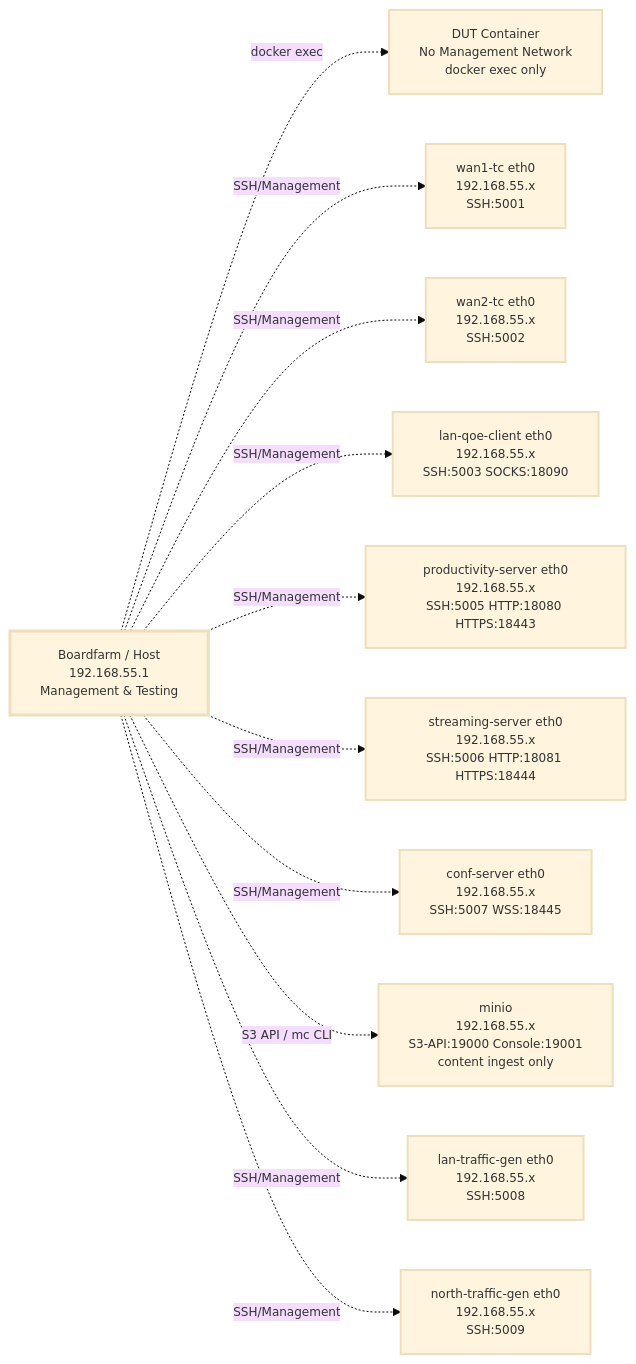
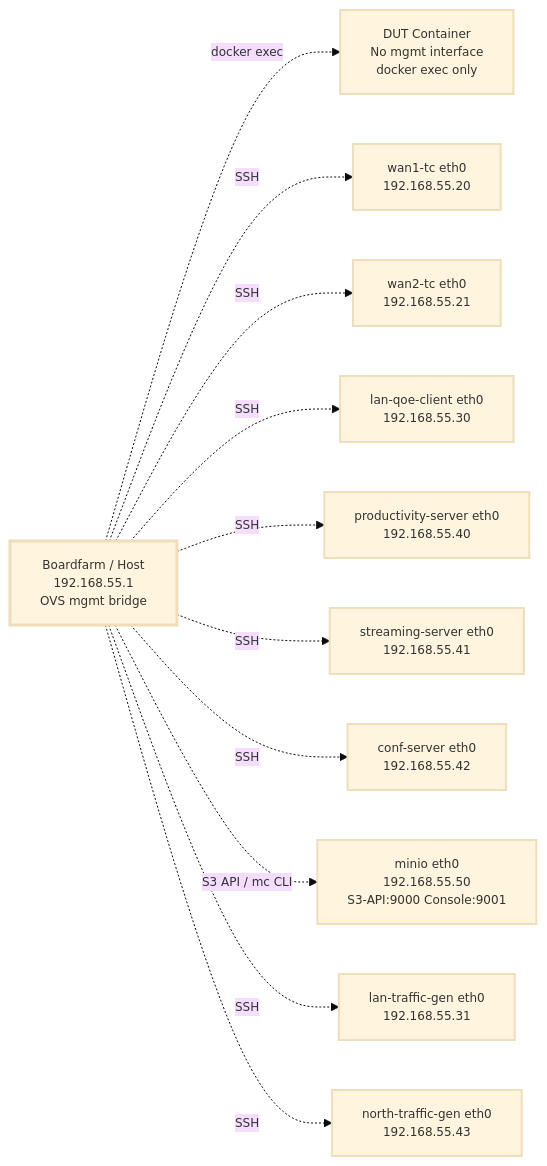
One commit to alottabits/boardfarm-bdd changed the first of 2 diagrams in docs/examples/sdwan-digital-twin/testbed-configuration.md. Above: the diagram before and after it, drawn with Mermaid. The commit also changed other lines of this file and 17 other files, not shown here.

````diff
--- a/docs/examples/sdwan-digital-twin/testbed-configuration.md
+++ b/docs/examples/sdwan-digital-twin/testbed-configuration.md
@@ -88,32 +88,32 @@
 ```mermaid
 %%{init: {'theme': 'base', 'themeVariables': { 'fontSize': '12px', 'fontFamily': 'arial' }}}%%
 flowchart LR
-    MGMT[Boardfarm / Host<br/>192.168.55.1<br/>Management & Testing]
+    MGMT[Boardfarm / Host<br/>192.168.55.1<br/>OVS mgmt bridge]
 
-    DUT_MGMT[DUT Container<br/>No Management Network<br/>docker exec only]
-    TC1_MGMT[wan1-tc eth0<br/>192.168.55.x<br/>SSH:5001]
-    TC2_MGMT[wan2-tc eth0<br/>192.168.55.x<br/>SSH:5002]
-    LAN_MGMT[lan-qoe-client eth0<br/>192.168.55.x<br/>SSH:5003 SOCKS:18090]
-    PROD_MGMT[productivity-server eth0<br/>192.168.55.x<br/>SSH:5005 HTTP:18080 HTTPS:18443]
-    STREAM_MGMT[streaming-server eth0<br/>192.168.55.x<br/>SSH:5006 HTTP:18081 HTTPS:18444]
-    CONF_MGMT[conf-server eth0<br/>192.168.55.x<br/>SSH:5007 WSS:18445]
-    MINIO_MGMT[minio<br/>192.168.55.x<br/>S3-API:19000 Console:19001<br/>content ingest only]
-    LAN_TG_MGMT[lan-traffic-gen eth0<br/>192.168.55.x<br/>SSH:5008]
-    NORTH_TG_MGMT[north-traffic-gen eth0<br/>192.168.55.x<br/>SSH:5009]
+    DUT_MGMT[DUT Container<br/>No mgmt interface<br/>docker exec only]
+    TC1_MGMT[wan1-tc eth0<br/>192.168.55.20]
+    TC2_MGMT[wan2-tc eth0<br/>192.168.55.21]
+    LAN_MGMT[lan-qoe-client eth0<br/>192.168.55.30]
+    PROD_MGMT[productivity-server eth0<br/>192.168.55.40]
+    STREAM_MGMT[streaming-server eth0<br/>192.168.55.41]
+    CONF_MGMT[conf-server eth0<br/>192.168.55.42]
+    MINIO_MGMT[minio eth0<br/>192.168.55.50<br/>S3-API:9000 Console:9001]
+    LAN_TG_MGMT[lan-traffic-gen eth0<br/>192.168.55.31]
+    NORTH_TG_MGMT[north-traffic-gen eth0<br/>192.168.55.43]
 
     MGMT -.->|docker exec| DUT_MGMT
-    MGMT -.->|SSH/Management| TC1_MGMT
-    MGMT -.->|SSH/Management| TC2_MGMT
-    MGMT -.->|SSH/Management| LAN_MGMT
-    MGMT -.->|SSH/Management| PROD_MGMT
-    MGMT -.->|SSH/Management| STREAM_MGMT
-    MGMT -.->|SSH/Management| CONF_MGMT
+    MGMT -.->|SSH| TC1_MGMT
+    MGMT -.->|SSH| TC2_MGMT
+    MGMT -.->|SSH| LAN_MGMT
+    MGMT -.->|SSH| PROD_MGMT
+    MGMT -.->|SSH| STREAM_MGMT
+    MGMT -.->|SSH| CONF_MGMT
     MGMT -.->|S3 API / mc CLI| MINIO_MGMT
-    MGMT -.->|SSH/Management| LAN_TG_MGMT
-    MGMT -.->|SSH/Management| NORTH_TG_MGMT
+    MGMT -.->|SSH| LAN_TG_MGMT
+    MGMT -.->|SSH| NORTH_TG_MGMT
 
     classDef mgmt stroke-width:3px
     classDef container stroke-width:2px
     class MGMT mgmt
     class DUT_MGMT,TC1_MGMT,TC2_MGMT,LAN_MGMT,PROD_MGMT,STREAM_MGMT,CONF_MGMT,MINIO_MGMT,LAN_TG_MGMT,NORTH_TG_MGMT container
 ```
````
